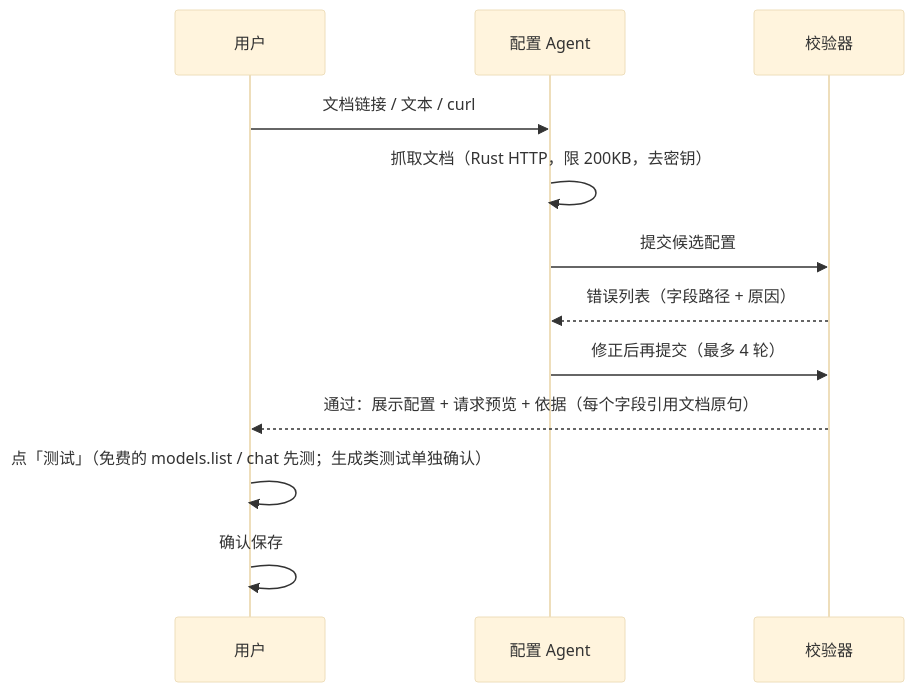
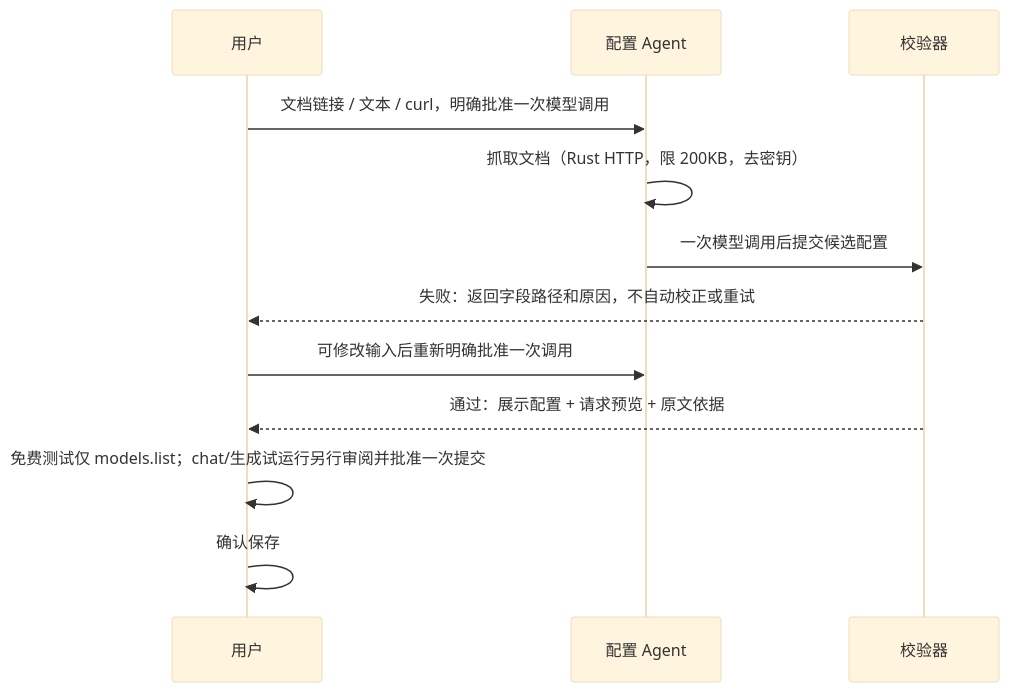
Before and after one commit to ganbo-gab/open-storyboard-canvas: the second of 2 diagrams in docs/rework/02-渠道接入规格.md, drawn with Mermaid (base theme). The commit also changed other lines of this file and 1203 other files, not shown here.

````diff
--- a/docs/rework/02-渠道接入规格.md
+++ b/docs/rework/02-渠道接入规格.md
@@ -202,14 +228,14 @@
 ```mermaid
 sequenceDiagram
   participant U as 用户
   participant A as 配置 Agent
   participant V as 校验器
-  U->>A: 文档链接 / 文本 / curl
+  U->>A: 文档链接 / 文本 / curl，明确批准一次模型调用
   A->>A: 抓取文档（Rust HTTP，限 200KB，去密钥）
-  A->>V: 提交候选配置
-  V-->>A: 错误列表（字段路径 + 原因）
-  A->>V: 修正后再提交（最多 4 轮）
-  V-->>U: 通过：展示配置 + 请求预览 + 依据（每个字段引用文档原句）
-  U->>U: 点「测试」（免费的 models.list / chat 先测；生成类测试单独确认）
+  A->>V: 一次模型调用后提交候选配置
+  V-->>U: 失败：返回字段路径和原因，不自动校正或重试
+  U->>A: 可修改输入后重新明确批准一次调用
+  V-->>U: 通过：展示配置 + 请求预览 + 原文依据
+  U->>U: 免费测试仅 models.list；chat/生成试运行另行审阅并批准一次提交
   U->>U: 确认保存
 ```
````
